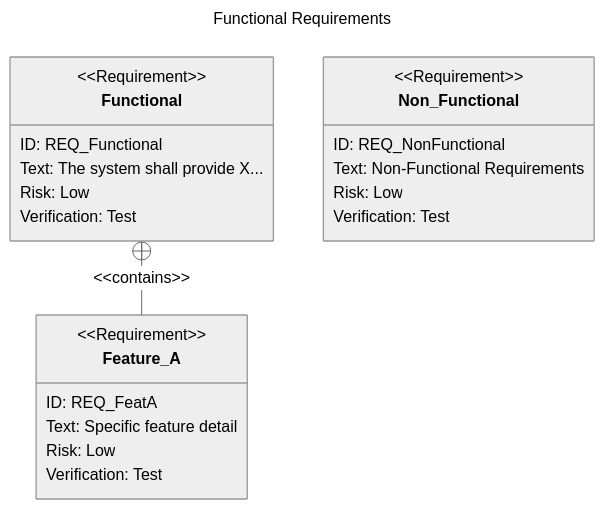
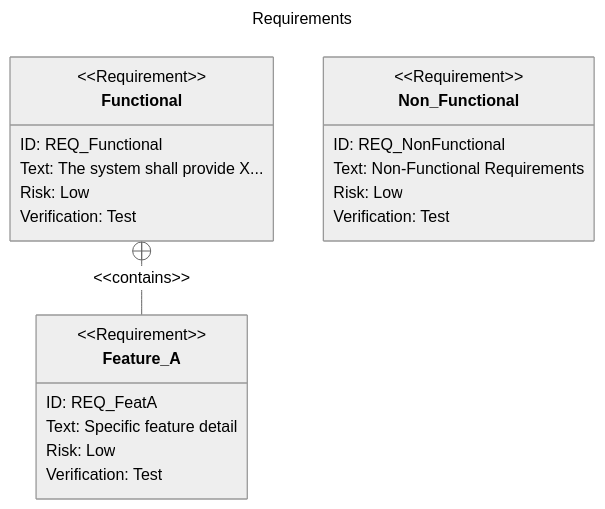
Before and after one commit to futurefoundai/foundryspec: the diagram in foundryspec/assets/discovery/requirements.mermaid, drawn with Mermaid (neutral theme). The commit also changed 14 other files, not shown here.

```diff
--- a/foundryspec/assets/discovery/requirements.mermaid
+++ b/foundryspec/assets/discovery/requirements.mermaid
@@ -1,34 +1,36 @@
 ---
-title: Functional Requirements
+id: "REQ_Group"
+title: Requirements
 description: Core system capabilities.
-traceability:
-  uplink: "ROOT"
-  id: "REQ_Group"
-  relationships:
-    - id: "REQ_Functional"
-      uplink: "PER_EndUser"
+uplink: "PER_Group"
+entities:
+  - id: "REQ_Functional"
+    uplink: "PER_EndUser"
+  - id: "REQ_NonFunctional"
+    uplink: "PER_Stakeholder"
 ---
+
 requirementDiagram
 
     requirement Functional {
         id: "REQ_Functional"
         text: "The system shall provide X..."
         risk: Low
         verifymethod: Test
     }
 
     requirement Feature_A {
         id: "REQ_FeatA"
         text: "Specific feature detail"
         risk: Low
         verifymethod: Test
     }
 
     requirement Non_Functional {
         id: "REQ_NonFunctional"
         text: "Non-Functional Requirements"
         risk: Low
         verifymethod: Test
     }
 
     Functional -contains-> Feature_A
```
